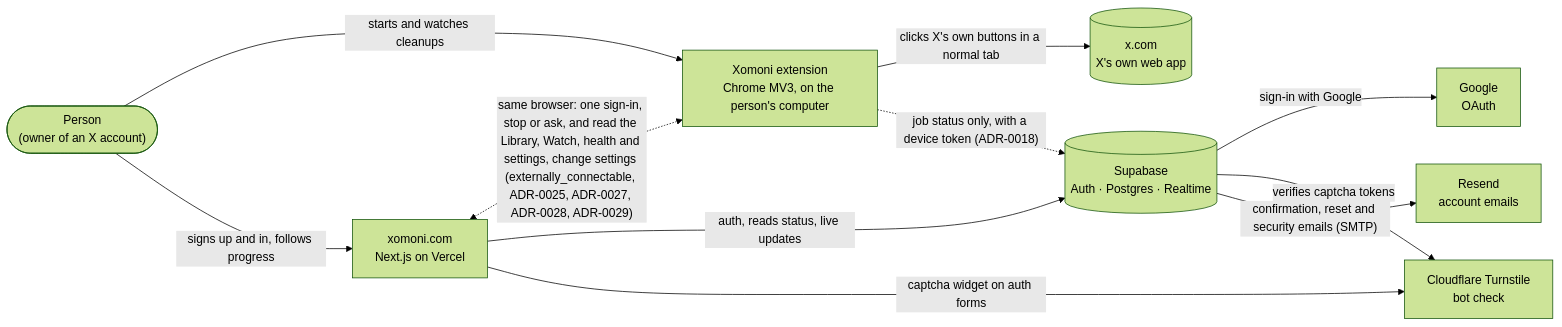
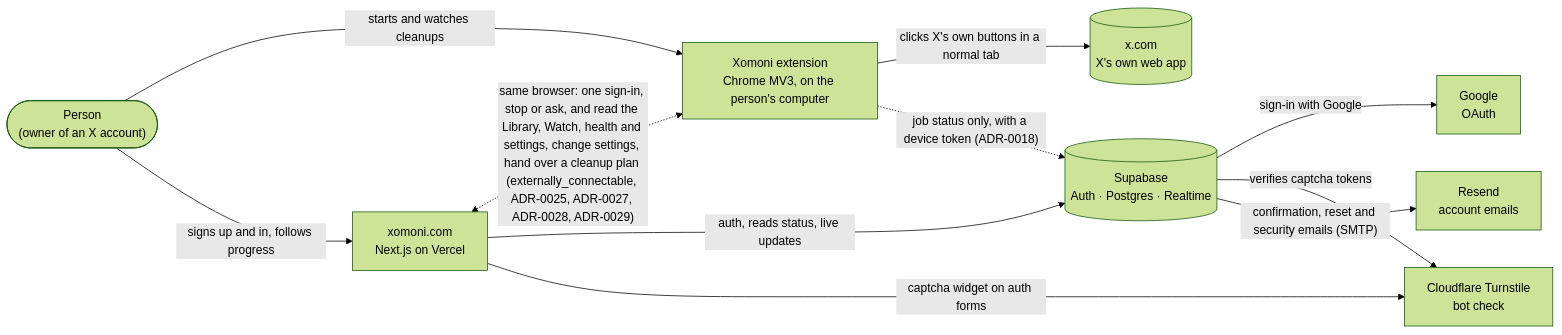
Before and after one commit to pirdehi/xomoni: the first of 5 diagrams in docs/ARCHITECTURE.md, drawn with Mermaid (forest theme). The commit also changed other lines of this file and 37 other files, not shown here.

First line of the commit message:
Plan a cleanup on xomoni.com, start it in Xomoni (#235) (#281)

````diff
--- a/docs/ARCHITECTURE.md
+++ b/docs/ARCHITECTURE.md
@@ -29,22 +29,22 @@
 ```mermaid
 flowchart LR
   person(["Person<br/>(owner of an X account)"])
   ext["Xomoni extension<br/>Chrome MV3, on the person's computer"]
   web["xomoni.com<br/>Next.js on Vercel"]
   x[("x.com<br/>X's own web app")]
   sb[("Supabase<br/>Auth · Postgres · Realtime")]
   google["Google<br/>OAuth"]
   resend["Resend<br/>account emails"]
   turnstile["Cloudflare Turnstile<br/>bot check"]
 
   person -- "starts and watches cleanups" --> ext
   person -- "signs up and in, follows progress" --> web
   ext -- "clicks X's own buttons in a normal tab" --> x
   ext -. "job status only, with a device token (ADR-0018)" .-> sb
-  web <-. "same browser: one sign-in, stop or ask, and read the Library, Watch, health and settings, change settings (externally_connectable, ADR-0025, ADR-0027, ADR-0028, ADR-0029)" .-> ext
+  web <-. "same browser: one sign-in, stop or ask, and read the Library, Watch, health and settings, change settings, hand over a cleanup plan (externally_connectable, ADR-0025, ADR-0027, ADR-0028, ADR-0029)" .-> ext
   web -- "auth, reads status, live updates" --> sb
   web -- "captcha widget on auth forms" --> turnstile
   sb -- "sign-in with Google" --> google
   sb -- "verifies captcha tokens" --> turnstile
   sb -- "confirmation, reset and security emails (SMTP)" --> resend
 ```
````
